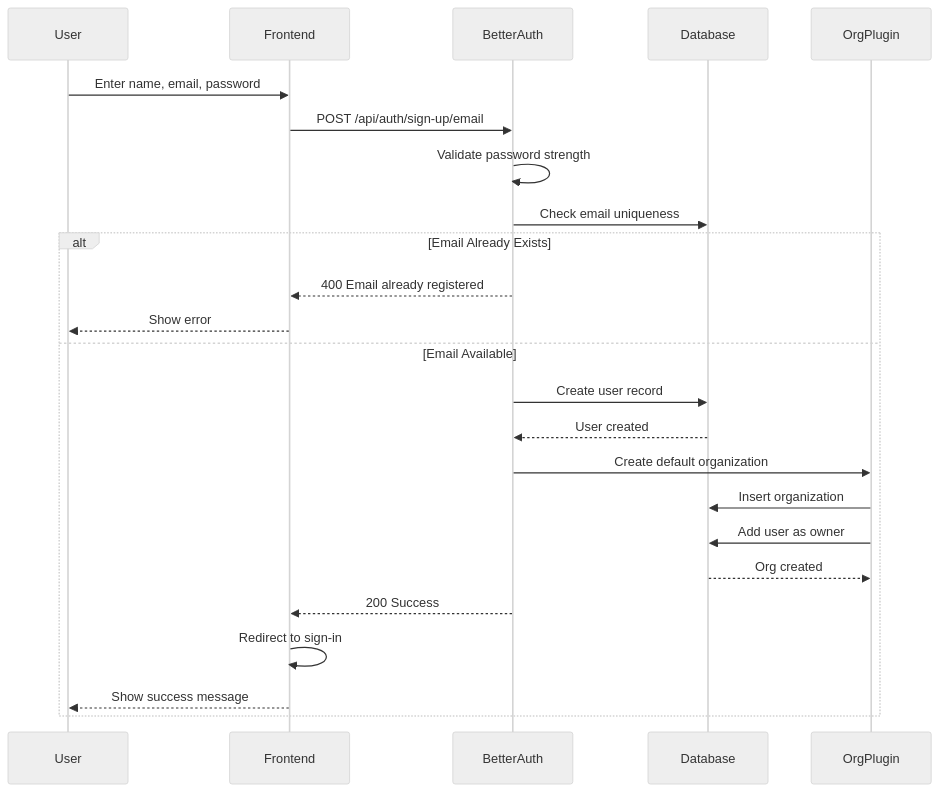
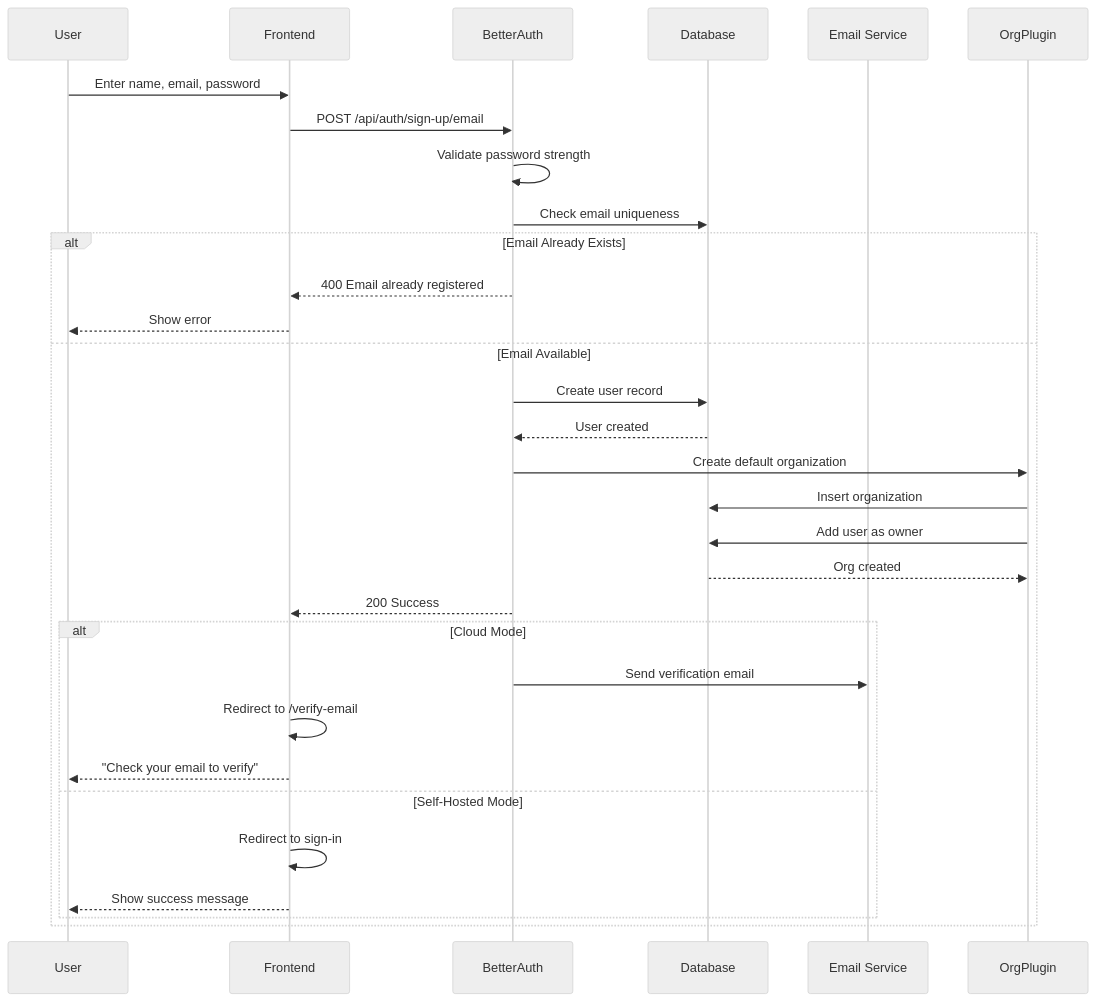
Before and after one commit to supercheck-io/supercheck: the third of 18 diagrams in docs/specs/02-authentication/AUTHENTICATION_SYSTEM.md, drawn with Mermaid (neutral theme). The commit also changed other lines of this file and 30 other files, not shown here.

First line of the commit message:
feat(auth): implement email verification for cloud mode

````diff
--- a/docs/specs/02-authentication/AUTHENTICATION_SYSTEM.md
+++ b/docs/specs/02-authentication/AUTHENTICATION_SYSTEM.md
@@ -140,30 +188,38 @@
 ```mermaid
 sequenceDiagram
     participant User
     participant Frontend
     participant BetterAuth
     participant Database
+    participant Email as Email Service
     participant OrgPlugin
 
     User->>Frontend: Enter name, email, password
     Frontend->>BetterAuth: POST /api/auth/sign-up/email
     BetterAuth->>BetterAuth: Validate password strength
     BetterAuth->>Database: Check email uniqueness
 
     alt Email Already Exists
         BetterAuth-->>Frontend: 400 Email already registered
         Frontend-->>User: Show error
     else Email Available
         BetterAuth->>Database: Create user record
         Database-->>BetterAuth: User created
 
         BetterAuth->>OrgPlugin: Create default organization
         OrgPlugin->>Database: Insert organization
         OrgPlugin->>Database: Add user as owner
         Database-->>OrgPlugin: Org created
 
         BetterAuth-->>Frontend: 200 Success
-        Frontend->>Frontend: Redirect to sign-in
-        Frontend-->>User: Show success message
+
+        alt Cloud Mode
+            BetterAuth->>Email: Send verification email
+            Frontend->>Frontend: Redirect to /verify-email
+            Frontend-->>User: "Check your email to verify"
+        else Self-Hosted Mode
+            Frontend->>Frontend: Redirect to sign-in
+            Frontend-->>User: Show success message
+        end
     end
 ```
````
